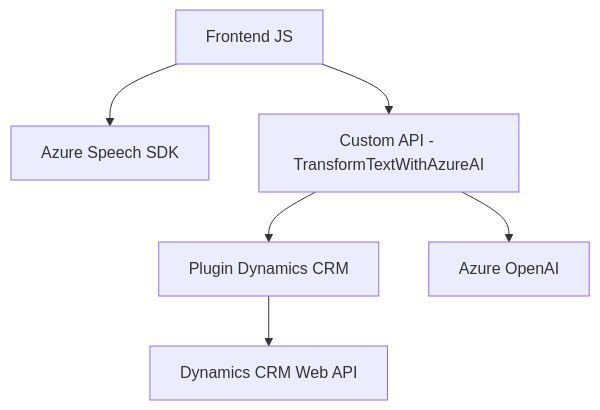
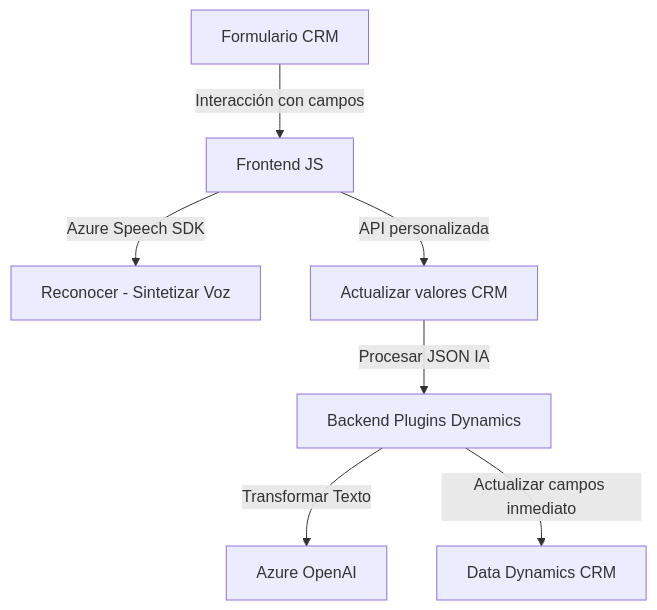
One commit to blopezdm/NETCORE_BILBAO2025 changed the diagram in README.md. Above: the diagram before and after it, drawn with Mermaid. The commit also changed other lines of this file, not shown here.

Commit message:
Actualizar análisis global de la solución con IA

````diff
--- a/README.md
+++ b/README.md
@@ -23,8 +36,9 @@
 ```mermaid
 graph TD
-  A["Frontend JS"] --> B["Azure Speech SDK"]
-  A --> C["Custom API - TransformTextWithAzureAI"]
-  C --> D["Plugin Dynamics CRM"]
-  C --> E["Azure OpenAI"]
-  D --> F["Dynamics CRM Web API"]
+  A["Formulario CRM"] -->|Interacción con campos| B["Frontend JS"]
+  B -->|Azure Speech SDK| C["Reconocer - Sintetizar Voz"]
+  B -->|API personalizada| E["Actualizar valores CRM"]
+  E -->|Procesar JSON IA| F["Backend Plugins Dynamics"]
+  F -->|Transformar Texto| G["Azure OpenAI"]
+  F -->|Actualizar campos inmediato| H["Data Dynamics CRM"]
 ```
````
